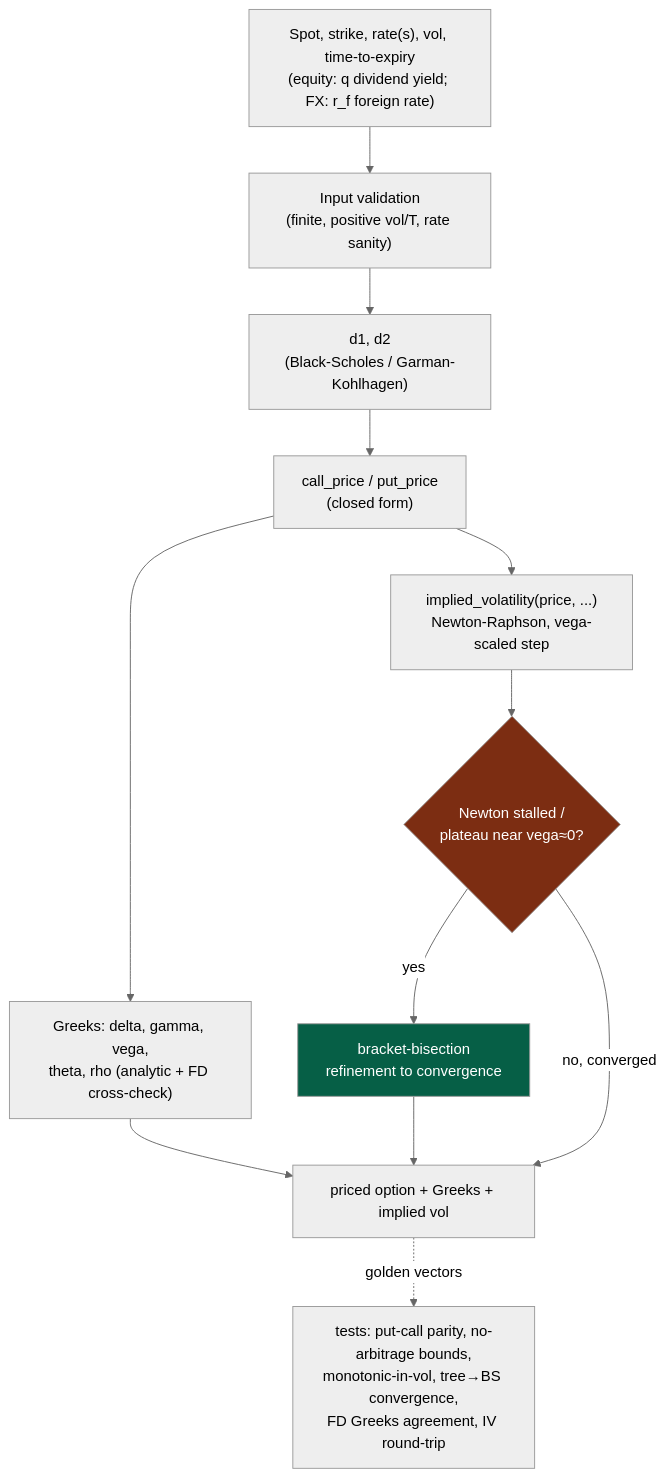
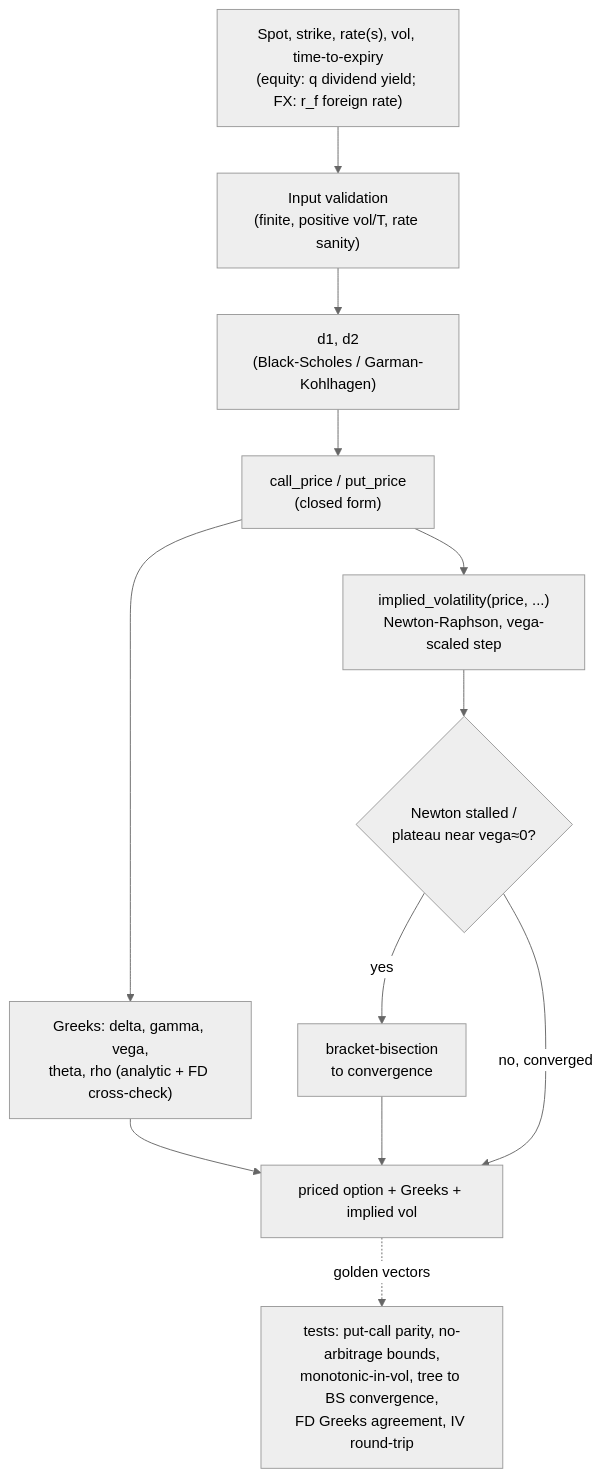
Before and after one commit to AshJha0/quant-portfolio: the fourth of 6 diagrams in docs/DIAGRAMS.md, drawn with Mermaid (neutral theme). The commit also changed other lines of this file and 2 other files, not shown here.

First line of the commit message:
docs: correct ARCHITECTURE, DIAGRAMS, MARKET_RISK to current conventions

````diff
--- a/docs/DIAGRAMS.md
+++ b/docs/DIAGRAMS.md
@@ -104,22 +132,19 @@
 ```mermaid
 flowchart TD
     IN["Spot, strike, rate(s), vol, time-to-expiry<br/>(equity: q dividend yield; FX: r_f foreign rate)"]
     VALID["Input validation<br/>(finite, positive vol/T, rate sanity)"]
     D1D2["d1, d2<br/>(Black-Scholes / Garman-Kohlhagen)"]
     PRICE["call_price / put_price<br/>(closed form)"]
     GREEKS["Greeks: delta, gamma, vega,<br/>theta, rho (analytic + FD cross-check)"]
     IV["implied_volatility(price, ...)<br/>Newton-Raphson, vega-scaled step"]
     STALL{"Newton stalled /<br/>plateau near vega≈0?"}
-    BISECT["bracket-bisection<br/>refinement to convergence"]
+    BISECT["bracket-bisection<br/>to convergence"]
     OUT["priced option + Greeks + implied vol"]
-    TESTS["tests: put-call parity, no-arbitrage bounds,<br/>monotonic-in-vol, tree→BS convergence,<br/>FD Greeks agreement, IV round-trip"]
+    TESTS["tests: put-call parity, no-arbitrage bounds,<br/>monotonic-in-vol, tree to BS convergence,<br/>FD Greeks agreement, IV round-trip"]
 
     IN --> VALID --> D1D2 --> PRICE --> GREEKS --> OUT
     PRICE --> IV --> STALL
     STALL -->|yes| BISECT --> OUT
     STALL -->|no, converged| OUT
     OUT -.->|golden vectors| TESTS
-
-    style STALL fill:#7c2d12,color:#fff
-    style BISECT fill:#065f46,color:#fff
 ```
````
